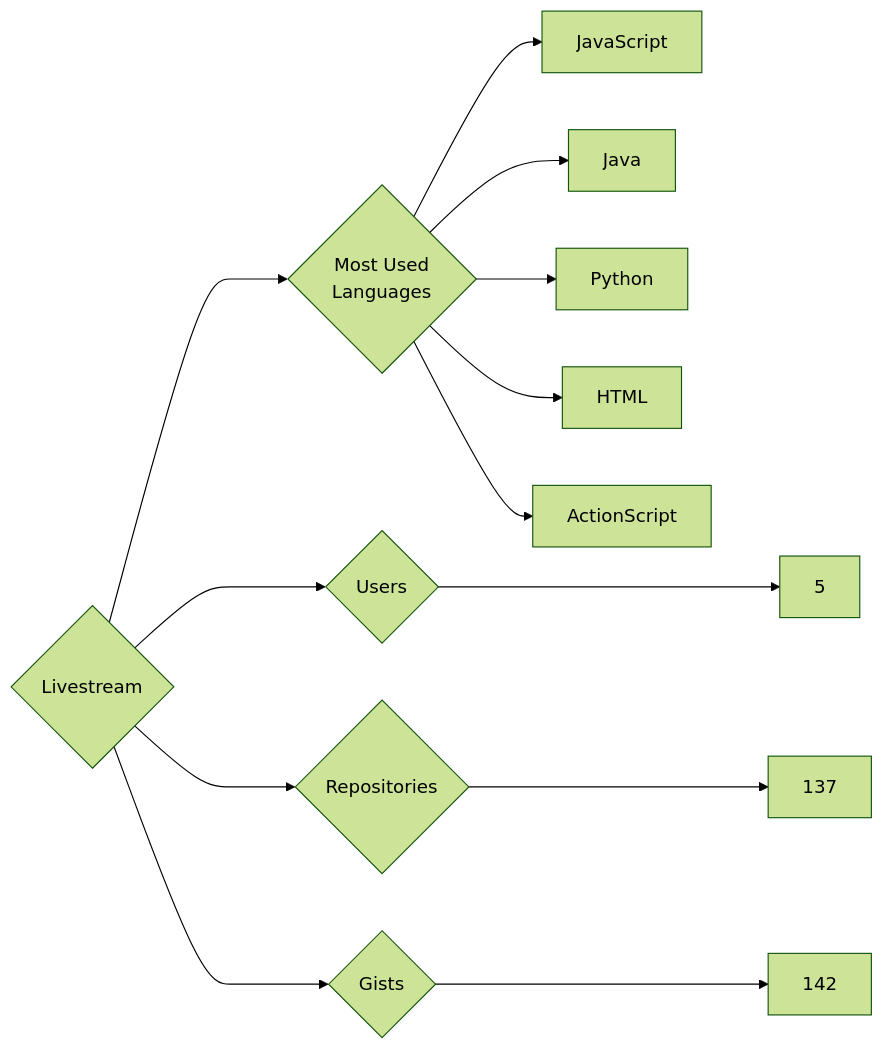
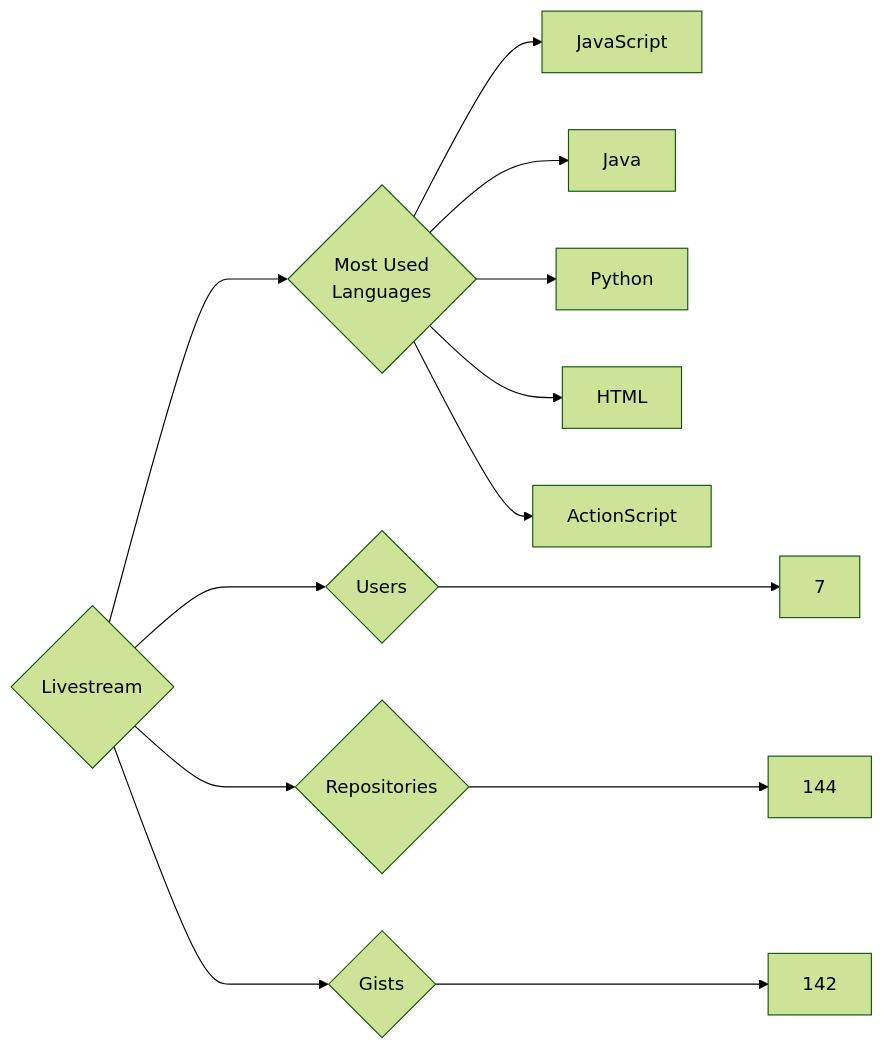
Before and after one commit to trickest/insiders: the diagram in targets/Livestream/README.md, drawn with Mermaid (forest theme). The commit also changed 873 other files, not shown here.

````diff
--- a/targets/Livestream/README.md
+++ b/targets/Livestream/README.md
@@ -3,13 +3,13 @@
 ```mermaid
 graph LR
 COMPANY_NAME{Livestream}
-COMPANY_NAME ---> U{Users} ---> UN[5]
-COMPANY_NAME ---> R{Repositories} ---> RN[137]
+COMPANY_NAME ---> U{Users} ---> UN[7]
+COMPANY_NAME ---> R{Repositories} ---> RN[144]
 COMPANY_NAME ---> G{Gists} ---> GN[142]
 COMPANY_NAME ---> ML{Most Used<br>Languages}
 ML --> JavaScript[JavaScript]
 ML --> Java[Java]
 ML --> Python[Python]
 ML --> HTML[HTML]
 ML --> ActionScript[ActionScript]
 ```
````
